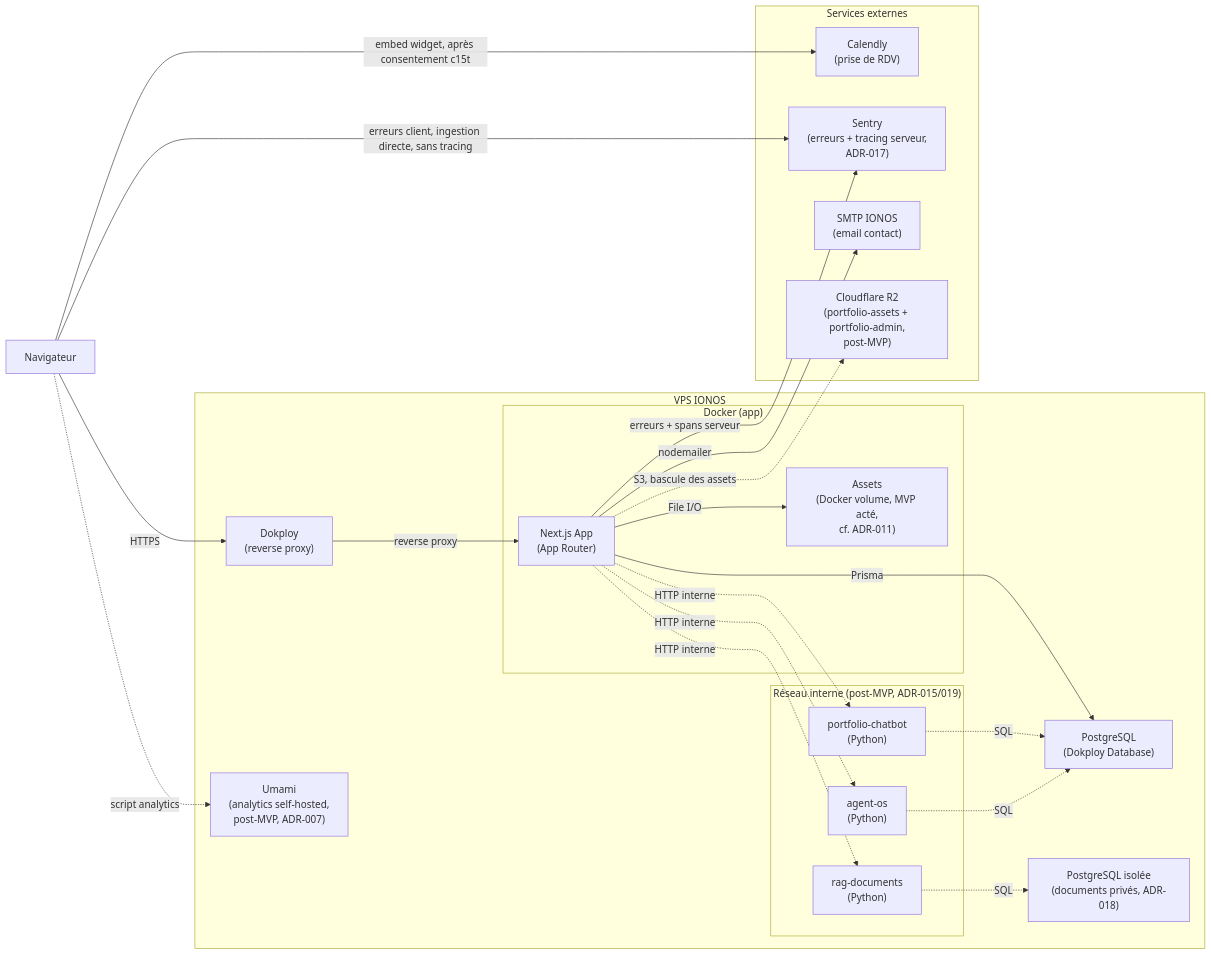
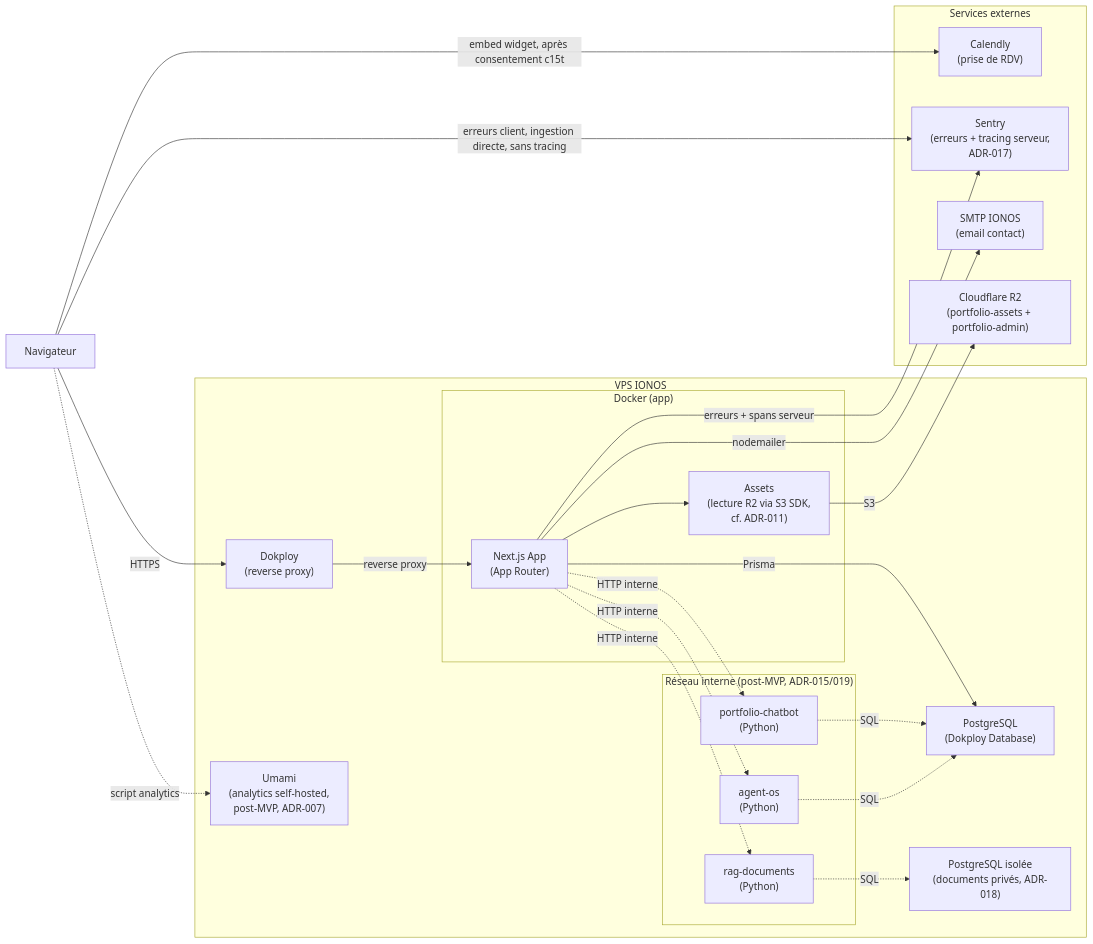
The first of 4 diagrams in docs/ARCHITECTURE.md (thibaud57/thibaud-geisler-portfolio), drawn with Mermaid before and after one commit. The commit also changed other lines of this file and 39 other files, not shown here.

First line of the commit message:
feat(stockage-assets-r2): bascule le stockage des assets du volume Docker vers Cloudflare R2

````diff
--- a/docs/ARCHITECTURE.md
+++ b/docs/ARCHITECTURE.md
@@ -82,43 +82,43 @@
 ```mermaid
 graph LR
     Browser["Navigateur"]
 
     subgraph VPS["VPS IONOS"]
         Dokploy["Dokploy<br/>(reverse proxy)"]
         subgraph App["Docker (app)"]
             Next["Next.js App<br/>(App Router)"]
-            Assets["Assets<br/>(Docker volume, MVP acté,<br/>cf. ADR-011)"]
+            Assets["Assets<br/>(lecture R2 via S3 SDK,<br/>cf. ADR-011)"]
         end
         PG["PostgreSQL<br/>(Dokploy Database)"]
         Umami["Umami<br/>(analytics self-hosted,<br/>post-MVP, ADR-007)"]
         subgraph Interne["Réseau interne (post-MVP, ADR-015/019)"]
             Chatbot["portfolio-chatbot<br/>(Python)"]
             AgentOS["agent-os<br/>(Python)"]
             RagDocs["rag-documents<br/>(Python)"]
         end
         PGPriv["PostgreSQL isolée<br/>(documents privés, ADR-018)"]
     end
 
     subgraph Ext["Services externes"]
         Calendly["Calendly<br/>(prise de RDV)"]
         Sentry["Sentry<br/>(erreurs + tracing serveur,<br/>ADR-017)"]
         SMTP["SMTP IONOS<br/>(email contact)"]
-        R2["Cloudflare R2<br/>(portfolio-assets + portfolio-admin,<br/>post-MVP)"]
+        R2["Cloudflare R2<br/>(portfolio-assets + portfolio-admin)"]
     end
 
     Browser -->|HTTPS| Dokploy -->|reverse proxy| Next
     Browser -->|embed widget, après consentement c15t| Calendly
     Browser -.->|script analytics| Umami
     Browser -->|erreurs client, ingestion directe, sans tracing| Sentry
     Next -->|Prisma| PG
-    Next -->|File I/O| Assets
+    Next --> Assets
+    Assets -->|S3| R2
     Next -.->|HTTP interne| Chatbot
     Next -.->|HTTP interne| AgentOS
     Next -.->|HTTP interne| RagDocs
     Next -->|nodemailer| SMTP
     Next -->|erreurs + spans serveur| Sentry
-    Next -.->|S3, bascule des assets| R2
     Chatbot -.->|SQL| PG
     AgentOS -.->|SQL| PG
     RagDocs -.->|SQL| PGPriv
 ```
````
